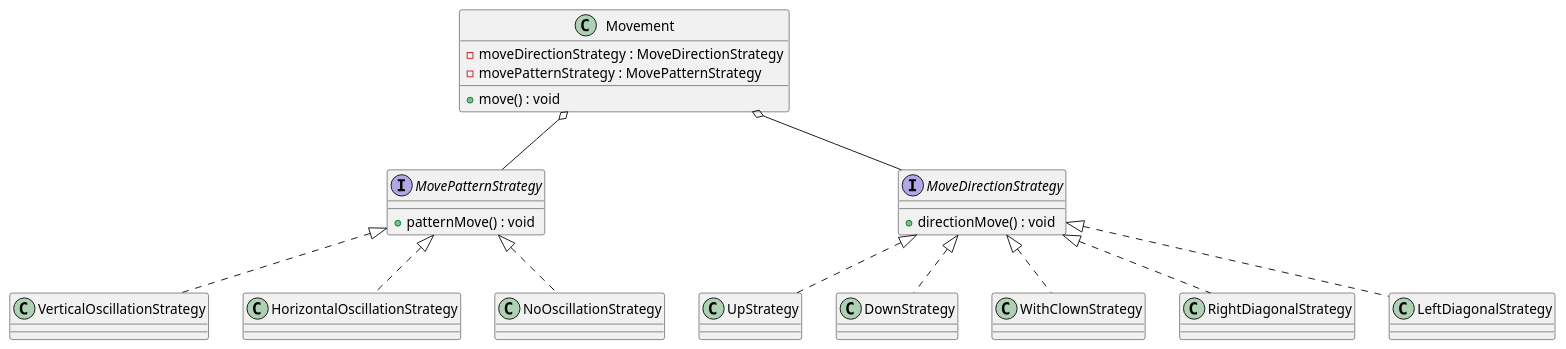
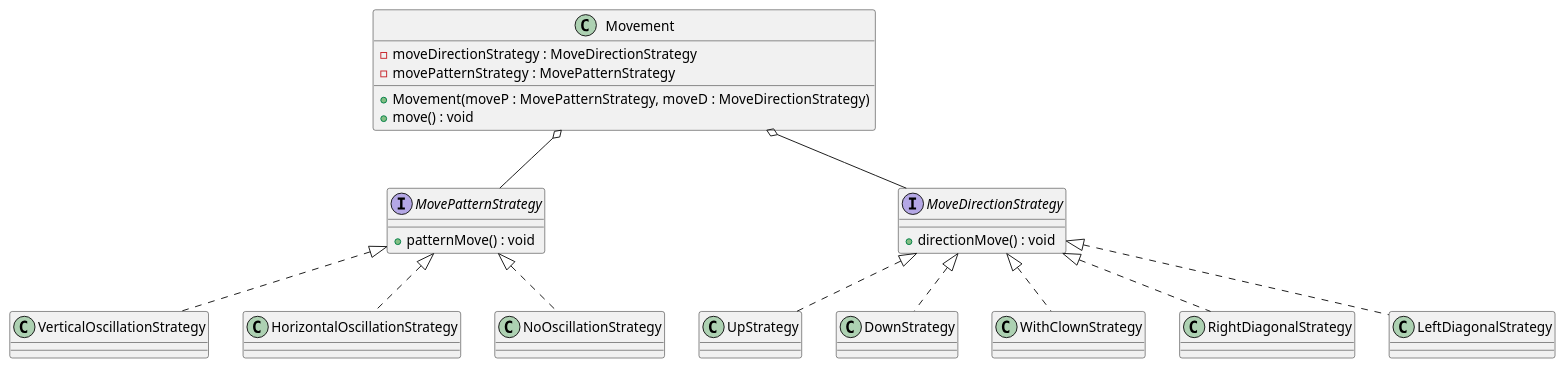
Before and after one commit to shadyalattarr/Circus-of-Plates: the diagram in MovementStrategy.wsd, drawn with PlantUML. The commit also changed 1 other file, not shown here.

Commit message:
Difficulty Strategy + small fix on MovementStrat

```diff
--- a/MovementStrategy.wsd
+++ b/MovementStrategy.wsd
@@ -1,66 +1,67 @@
 @startuml
 
 class Movement{
     -moveDirectionStrategy : MoveDirectionStrategy
     -movePatternStrategy : MovePatternStrategy
+    +Movement(moveP : MovePatternStrategy, moveD : MoveDirectionStrategy)
     +move() : void
 }
 
 
 interface MovePatternStrategy { 
     +patternMove() : void
 }
 
 class VerticalOscillationStrategy { 
 
 }
 
 class HorizontalOscillationStrategy { 
     
 }
 
 class NoOscillationStrategy { 
     
 }
 
 interface MoveDirectionStrategy{
     +directionMove() : void
 }
 
 class UpStrategy{
 
 }
 
 class DownStrategy{
 
 }
 
 class WithClownStrategy{
 
 }
 
 class RightDiagonalStrategy {
 
 }
 
 class LeftDiagonalStrategy {
 
 }
 
 Movement o-- MoveDirectionStrategy
 Movement o-- MovePatternStrategy
 
 
 
 MoveDirectionStrategy <|.. UpStrategy 
 MoveDirectionStrategy <|.. DownStrategy 
 MoveDirectionStrategy <|.. WithClownStrategy 
 MoveDirectionStrategy <|.. RightDiagonalStrategy 
 MoveDirectionStrategy <|.. LeftDiagonalStrategy 
 
 
 MovePatternStrategy <|.. NoOscillationStrategy
 MovePatternStrategy <|.. VerticalOscillationStrategy
 MovePatternStrategy <|.. HorizontalOscillationStrategy
 
 @enduml
```
